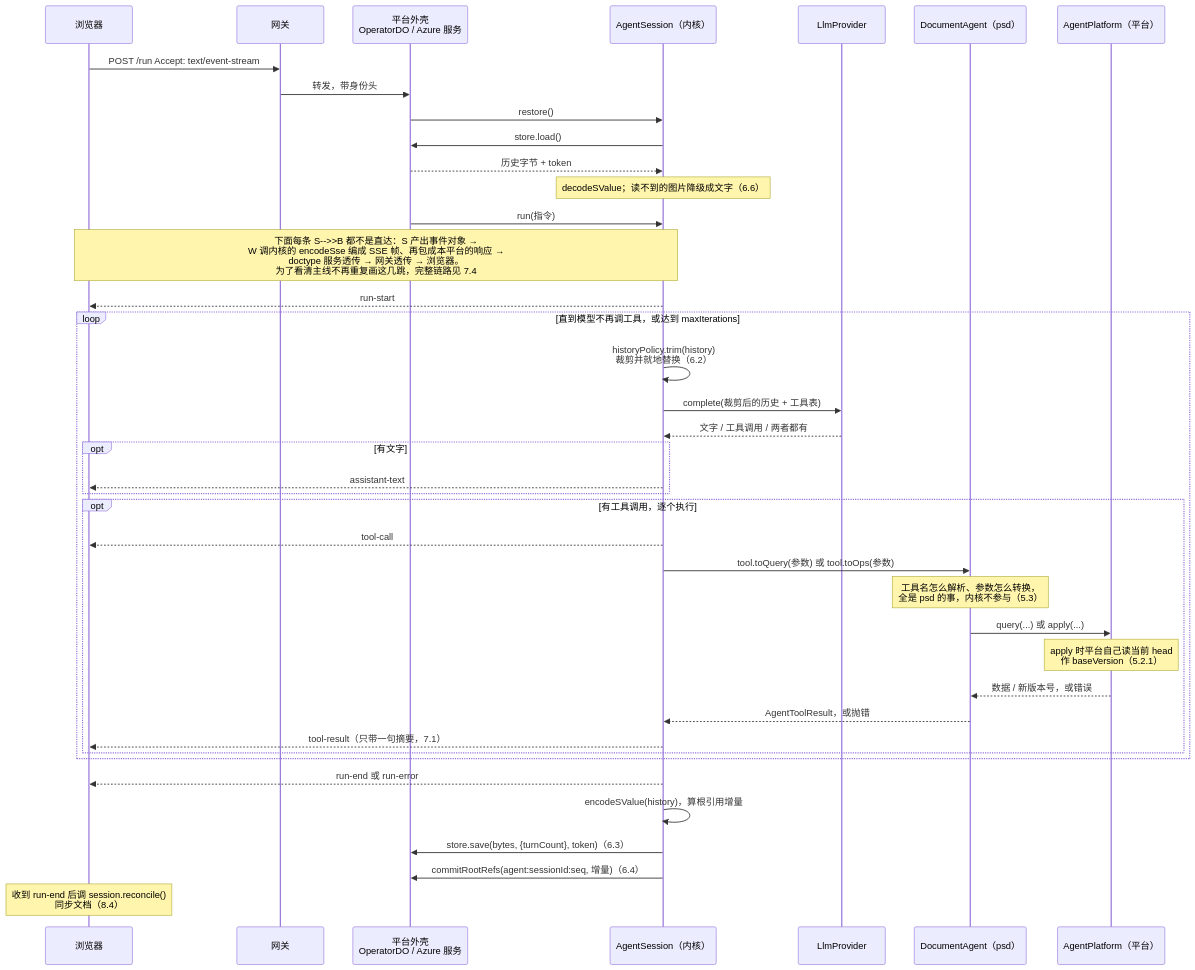
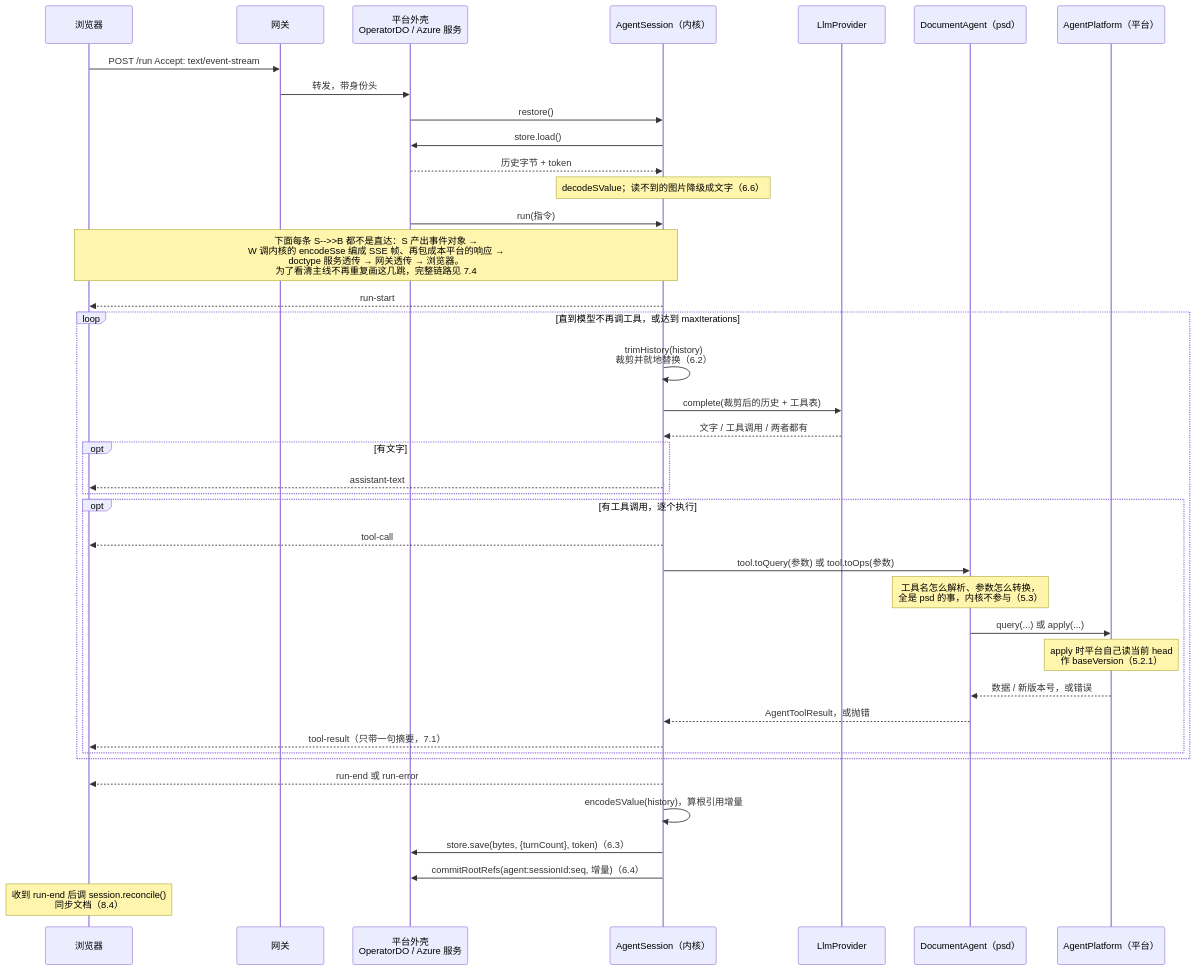
Diagram 12 of 16 in docs/superpowers/specs/2026-08-26-agent-sdk-design.md (shazhou-ww/unidocs), drawn with Mermaid before and after one commit. The commit also changed other lines of this file, not shown here.

````diff
--- a/docs/superpowers/specs/2026-08-26-agent-sdk-design.md
+++ b/docs/superpowers/specs/2026-08-26-agent-sdk-design.md
@@ -1184,51 +1181,51 @@
 ```mermaid
 sequenceDiagram
     participant B as 浏览器
     participant G as 网关
     participant W as 平台外壳<br/>OperatorDO / Azure 服务
     participant S as AgentSession（内核）
     participant L as LlmProvider
     participant A as DocumentAgent（psd）
     participant C as AgentPlatform（平台）
 
     B->>G: POST /run  Accept: text/event-stream
     G->>W: 转发，带身份头
 
     W->>S: restore()
     S->>W: store.load()
     W-->>S: 历史字节 + token
     Note over S: decodeSValue；读不到的图片降级成文字（6.6）
 
     W->>S: run(指令)
 
     Note over S,B: 下面每条 S-->>B 都不是直达：S 产出事件对象 →<br/>W 调内核的 encodeSse 编成 SSE 帧、再包成本平台的响应 →<br/>doctype 服务透传 → 网关透传 → 浏览器。<br/>为了看清主线不再重复画这几跳，完整链路见 7.4
     S-->>B: run-start
 
     loop 直到模型不再调工具，或达到 maxIterations
-        S->>S: historyPolicy.trim(history)<br/>裁剪并就地替换（6.2）
+        S->>S: trimHistory(history)<br/>裁剪并就地替换（6.2）
         S->>L: complete(裁剪后的历史 + 工具表)
         L-->>S: 文字 / 工具调用 / 两者都有
 
         opt 有文字
             S-->>B: assistant-text
         end
 
         opt 有工具调用，逐个执行
             S-->>B: tool-call
             S->>A: tool.toQuery(参数) 或 tool.toOps(参数)
             Note over A: 工具名怎么解析、参数怎么转换，<br/>全是 psd 的事，内核不参与（5.3）
             A->>C: query(...) 或 apply(...)
             Note over C: apply 时平台自己读当前 head<br/>作 baseVersion（5.2.1）
             C-->>A: 数据 / 新版本号，或错误
             A-->>S: AgentToolResult，或抛错
             S-->>B: tool-result（只带一句摘要，7.1）
         end
     end
 
     S-->>B: run-end 或 run-error
 
     S->>S: encodeSValue(history)，算根引用增量
     S->>W: store.save(bytes, {turnCount}, token)（6.3）
     S->>W: commitRootRefs(agent:sessionId:seq, 增量)（6.4）
     Note over B: 收到 run-end 后调 session.reconcile()<br/>同步文档（8.4）
 ```
````
